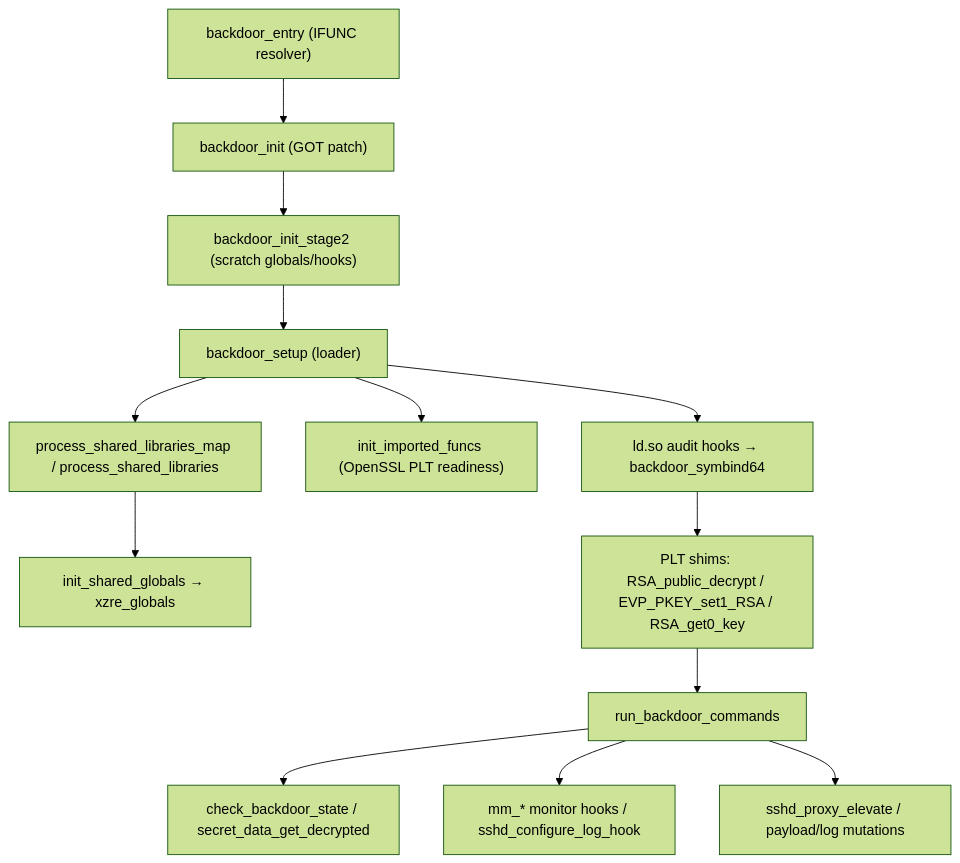
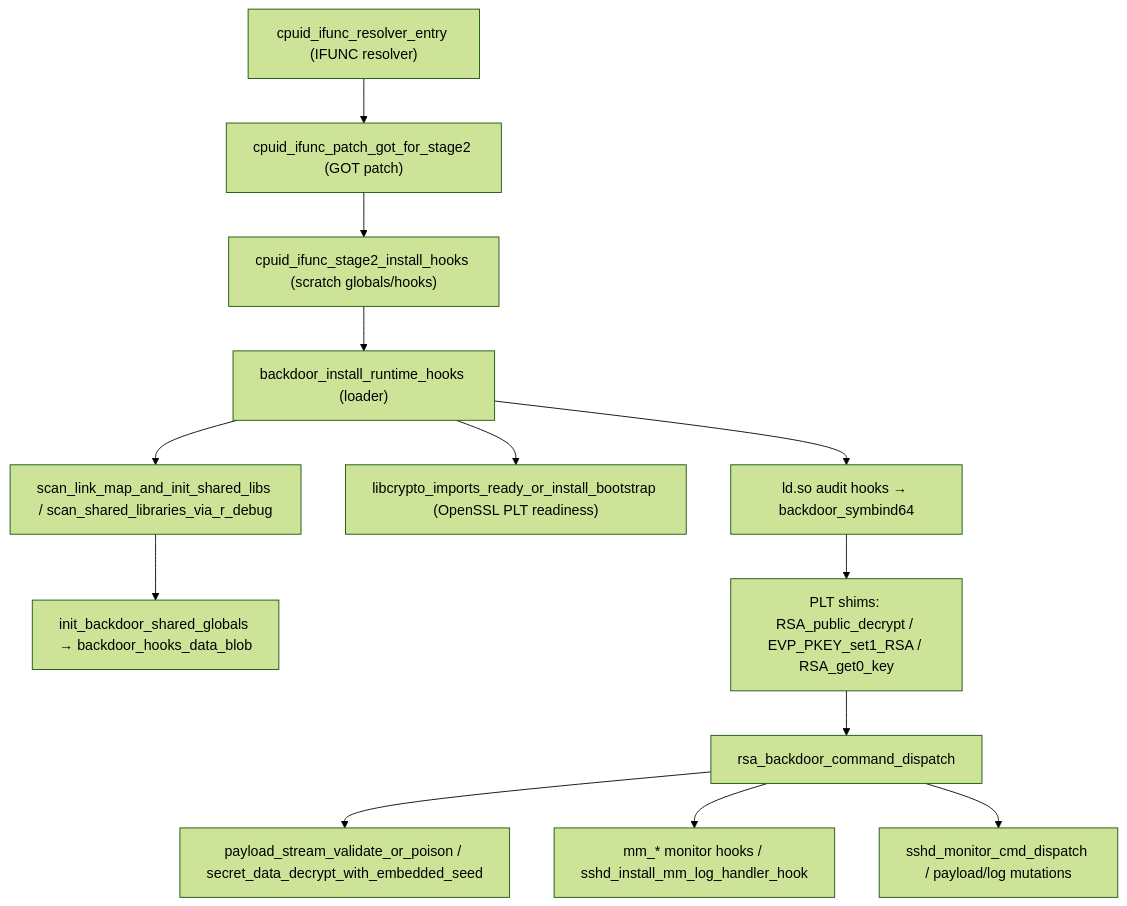
Before and after one commit to vanbako/xzre-ghidra: the first of 10 diagrams in docs/backdoor_functionality.md, drawn with Mermaid (forest theme). The commit also changed other lines of this file and 17 other files, not shown here.

````diff
--- a/docs/backdoor_functionality.md
+++ b/docs/backdoor_functionality.md
@@ -65,24 +65,24 @@
 ```mermaid
 flowchart TD
-    cpuid_entry["backdoor_entry (IFUNC resolver)"]
-    init1["backdoor_init (GOT patch)"]
-    init2["backdoor_init_stage2 (scratch globals/hooks)"]
-    setup["backdoor_setup (loader)"]
-    libwalk["process_shared_libraries_map / process_shared_libraries"]
-    globals["init_shared_globals → xzre_globals"]
-    imports["init_imported_funcs (OpenSSL PLT readiness)"]
+    cpuid_entry["cpuid_ifunc_resolver_entry (IFUNC resolver)"]
+    init1["cpuid_ifunc_patch_got_for_stage2 (GOT patch)"]
+    init2["cpuid_ifunc_stage2_install_hooks (scratch globals/hooks)"]
+    setup["backdoor_install_runtime_hooks (loader)"]
+    libwalk["scan_link_map_and_init_shared_libs / scan_shared_libraries_via_r_debug"]
+    globals["init_backdoor_shared_globals → backdoor_hooks_data_blob"]
+    imports["libcrypto_imports_ready_or_install_bootstrap (OpenSSL PLT readiness)"]
     audit["ld.so audit hooks → backdoor_symbind64"]
     rsa_hooks["PLT shims: RSA_public_decrypt / EVP_PKEY_set1_RSA / RSA_get0_key"]
-    dispatcher["run_backdoor_commands"]
-    state["check_backdoor_state / secret_data_get_decrypted"]
-    sshd_hooks["mm_* monitor hooks / sshd_configure_log_hook"]
-    payload["sshd_proxy_elevate / payload/log mutations"]
+    dispatcher["rsa_backdoor_command_dispatch"]
+    state["payload_stream_validate_or_poison / secret_data_decrypt_with_embedded_seed"]
+    sshd_hooks["mm_* monitor hooks / sshd_install_mm_log_handler_hook"]
+    payload["sshd_monitor_cmd_dispatch / payload/log mutations"]
 
     cpuid_entry --> init1 --> init2 --> setup
     setup --> libwalk --> globals
     setup --> imports
     setup --> audit --> rsa_hooks --> dispatcher
     dispatcher --> state
     dispatcher --> sshd_hooks
     dispatcher --> payload
 ```
````
